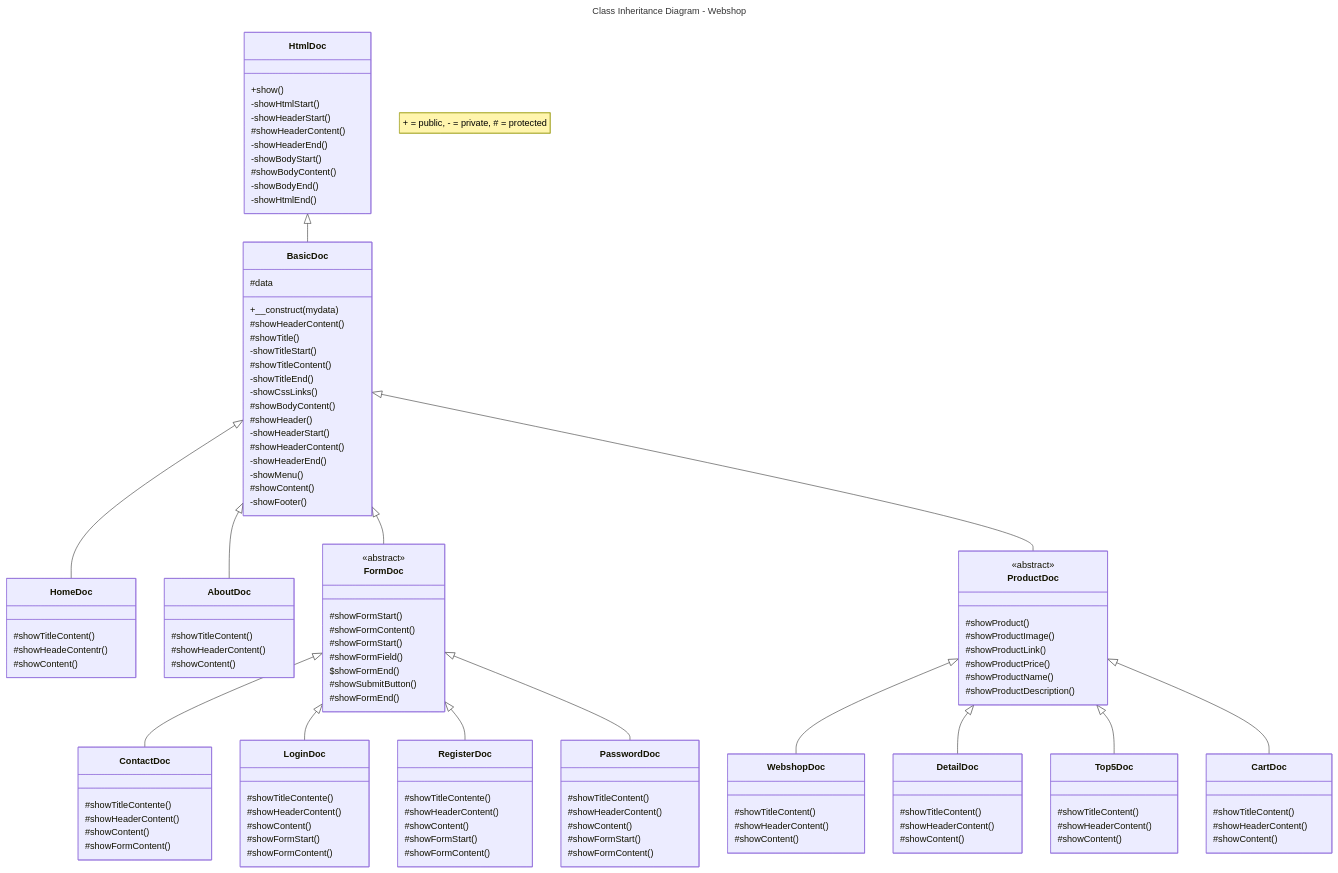
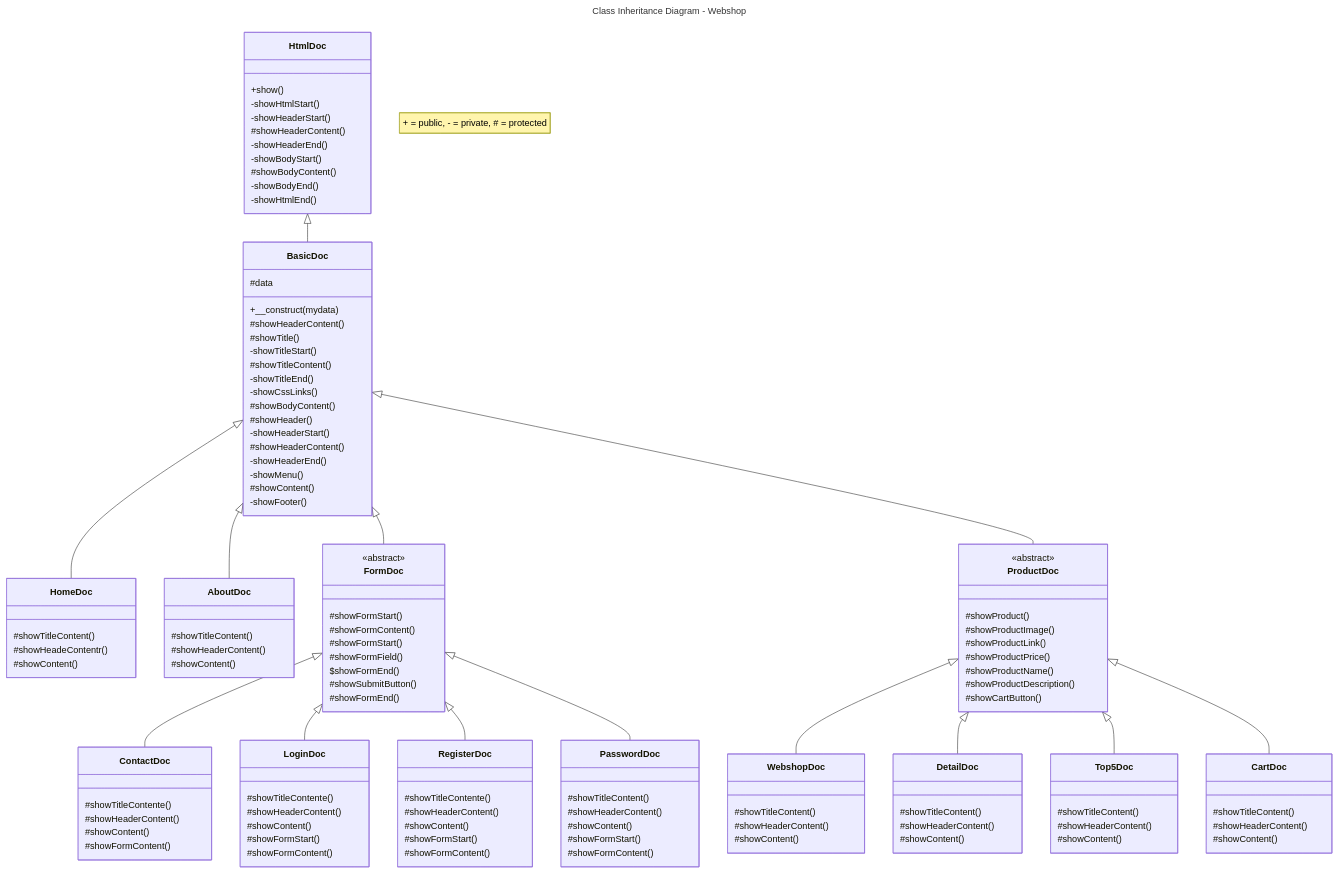
One commit to JeroenHeemskerk/educom-webshop-oop-1708595373 changed the diagram in Diagrams/class-inheritance-diagram-webshop.md. Above: the diagram before and after it, drawn with Mermaid.

```diff
--- a/Diagrams/class-inheritance-diagram-webshop.md
+++ b/Diagrams/class-inheritance-diagram-webshop.md
@@ -108,6 +108,7 @@
         #showProductPrice()
         #showProductName()
         #showProductDescription()
+        #showCartButton()
     }
 
     class WebshopDoc{
```
